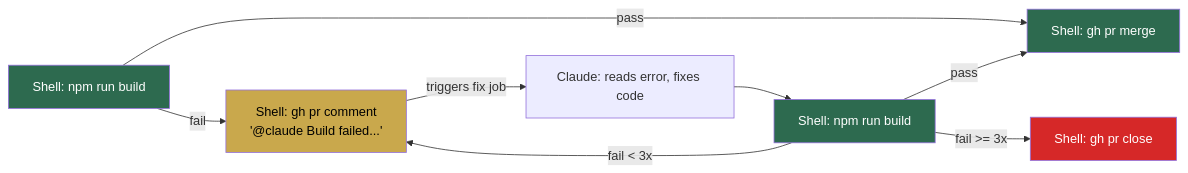
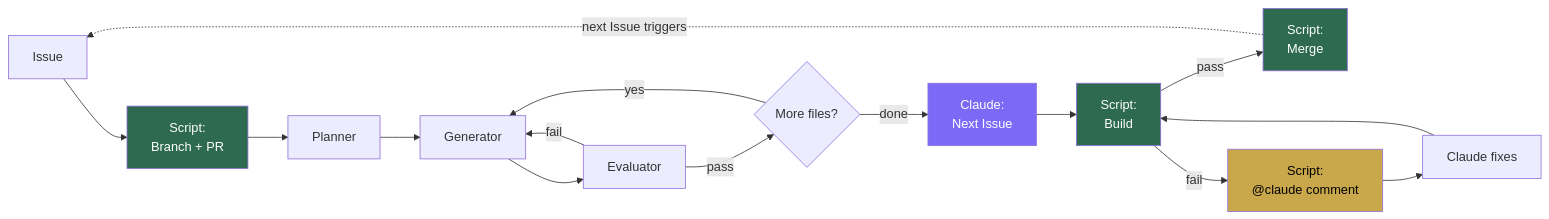
The first of 2 diagrams in docs/architecture.md (RyutoYoda/claude-continuous-loop), drawn with Mermaid before and after one commit. The commit also changed other lines of this file, not shown here.

Commit message:
docs: simplify architecture, keep overview + add detail section below

````diff
--- a/docs/architecture.md
+++ b/docs/architecture.md
@@ -109,16 +5,23 @@
 ```mermaid
 flowchart LR
-    A["Shell: npm run build"] -->|pass| B["Shell: gh pr merge"]
-    A -->|fail| C["Shell: gh pr comment<br/>'@claude Build failed...'"]
-    C -->|"triggers fix job"| D["Claude: reads error, fixes code"]
-    D --> E["Shell: npm run build"]
-    E -->|pass| B
-    E -->|"fail < 3x"| C
-    E -->|"fail >= 3x"| F["Shell: gh pr close"]
+    A[Issue] --> B["Script:<br/>Branch + PR"]
+    B --> C[Planner]
+    C --> D[Generator]
+    D --> E[Evaluator]
+    E -->|fail| D
+    E -->|pass| F{"More files?"}
+    F -->|yes| D
+    F -->|done| G["Claude:<br/>Next Issue"]
+    G --> H["Script:<br/>Build"]
+    H -->|pass| I["Script:<br/>Merge"]
+    H -->|fail| J["Script:<br/>@claude comment"]
+    J --> K[Claude fixes]
+    K --> H
+    I -.->|"next Issue triggers"| A
 
-    style A fill:#2d6a4f,color:#fff
     style B fill:#2d6a4f,color:#fff
-    style C fill:#c9a84c,color:#000
-    style E fill:#2d6a4f,color:#fff
-    style F fill:#d62828,color:#fff
+    style H fill:#2d6a4f,color:#fff
+    style I fill:#2d6a4f,color:#fff
+    style J fill:#c9a84c,color:#000
+    style G fill:#7c6af7,color:#fff
 ```
````
